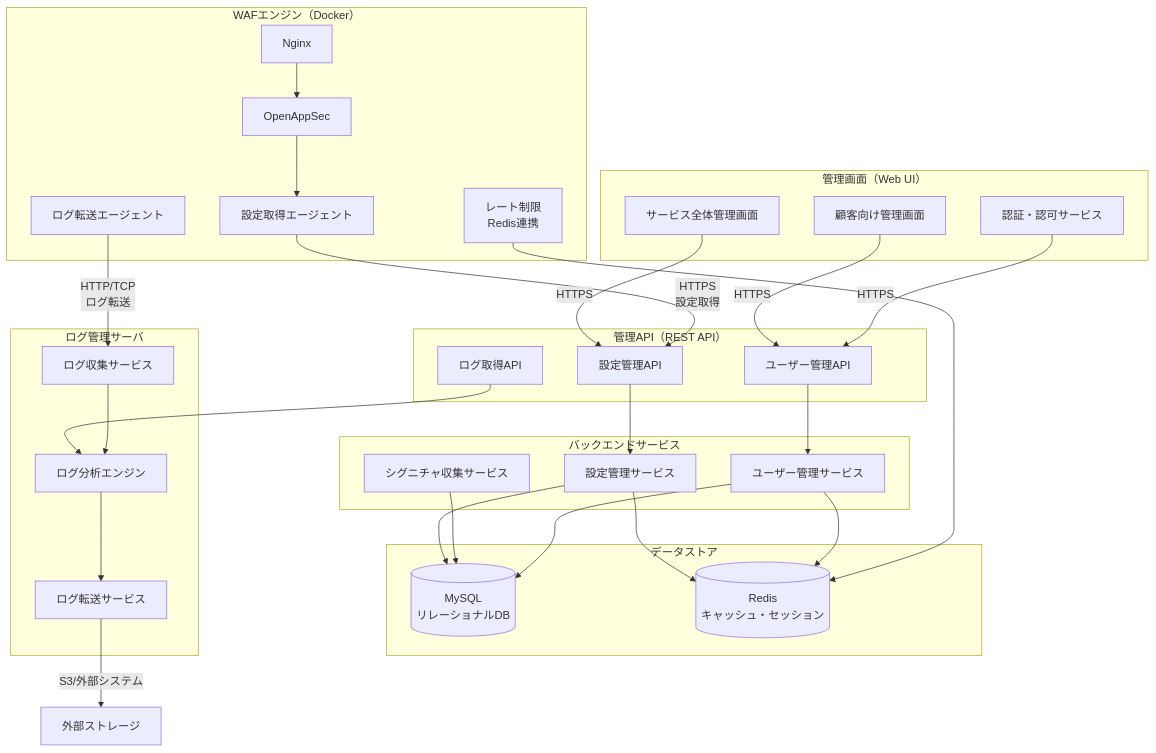
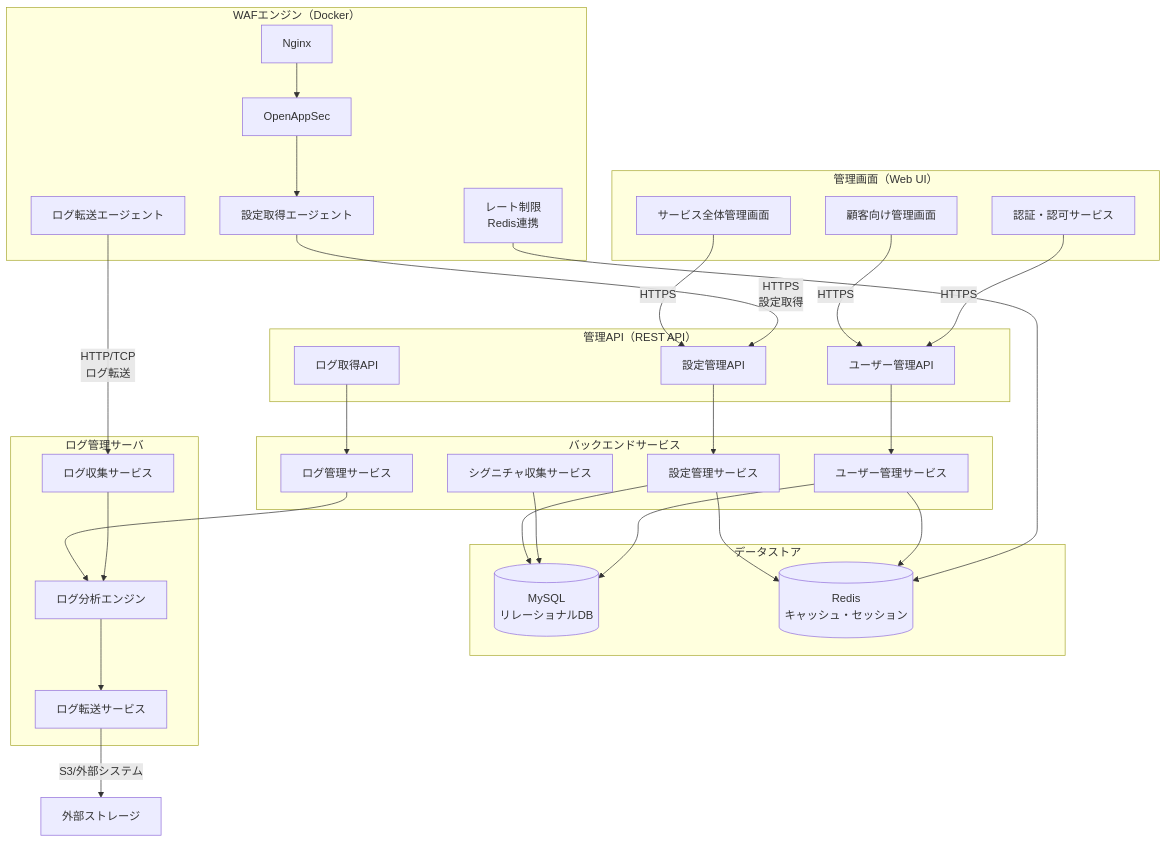
One commit to kencom2400/MrWebDefence-Design changed the first of 6 diagrams in DESIGN.md. Above: the diagram before and after it, drawn with Mermaid. The commit also changed other lines of this file and 1 other file, not shown here.

````diff
--- a/DESIGN.md
+++ b/DESIGN.md
@@ -390,63 +390,65 @@
 ```mermaid
 graph TB
     subgraph "管理画面（Web UI）"
         AdminUI[サービス全体管理画面]
         CustomerUI[顧客向け管理画面]
         AuthUI[認証・認可サービス]
     end
 
     subgraph "管理API（REST API）"
         ConfigAPI[設定管理API]
         UserAPI[ユーザー管理API]
         LogAPI[ログ取得API]
     end
 
     subgraph "バックエンドサービス"
         ConfigService[設定管理サービス]
         SignatureService[シグニチャ収集サービス]
         UserService[ユーザー管理サービス]
+        LogService[ログ管理サービス]
     end
 
     subgraph "データストア"
         MySQL[(MySQL<br/>リレーショナルDB)]
         Redis[(Redis<br/>キャッシュ・セッション)]
     end
 
     subgraph "WAFエンジン（Docker）"
         Nginx[Nginx]
         OpenAppSec[OpenAppSec]
         ConfigAgent[設定取得エージェント]
         LogAgent[ログ転送エージェント]
         RateLimit[レート制限<br/>Redis連携]
     end
 
     subgraph "ログ管理サーバ"
         LogCollector[ログ収集サービス]
         LogAnalyzer[ログ分析エンジン]
         LogForwarder[ログ転送サービス]
     end
 
     AdminUI -->|HTTPS| ConfigAPI
     CustomerUI -->|HTTPS| UserAPI
     AuthUI -->|HTTPS| UserAPI
 
     ConfigAPI --> ConfigService
     UserAPI --> UserService
-    LogAPI --> LogAnalyzer
+    LogAPI --> LogService
 
     ConfigService --> MySQL
     ConfigService --> Redis
     SignatureService --> MySQL
     UserService --> MySQL
     UserService --> Redis
+    LogService --> LogAnalyzer
 
     ConfigAgent -->|HTTPS<br/>設定取得| ConfigAPI
     Nginx --> OpenAppSec
     OpenAppSec --> ConfigAgent
     LogAgent -->|HTTP/TCP<br/>ログ転送| LogCollector
     RateLimit --> Redis
 
     LogCollector --> LogAnalyzer
     LogAnalyzer --> LogForwarder
     LogForwarder -->|S3/外部システム| ExternalStorage[外部ストレージ]
 ```
````
